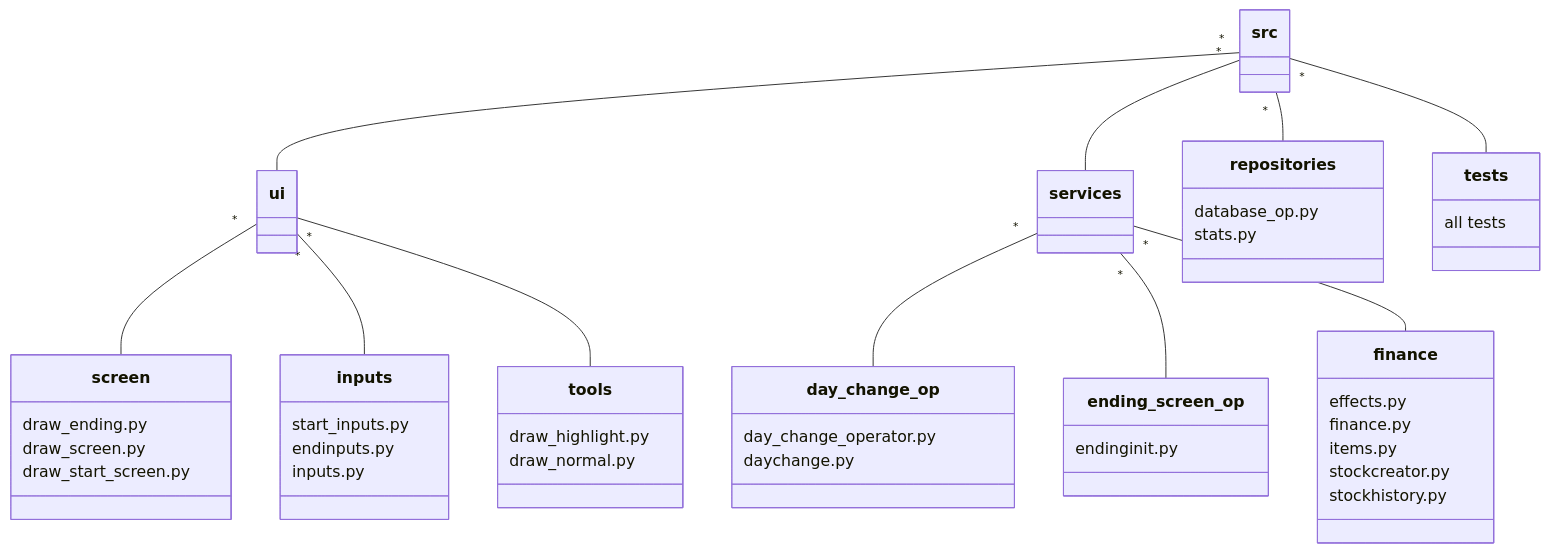
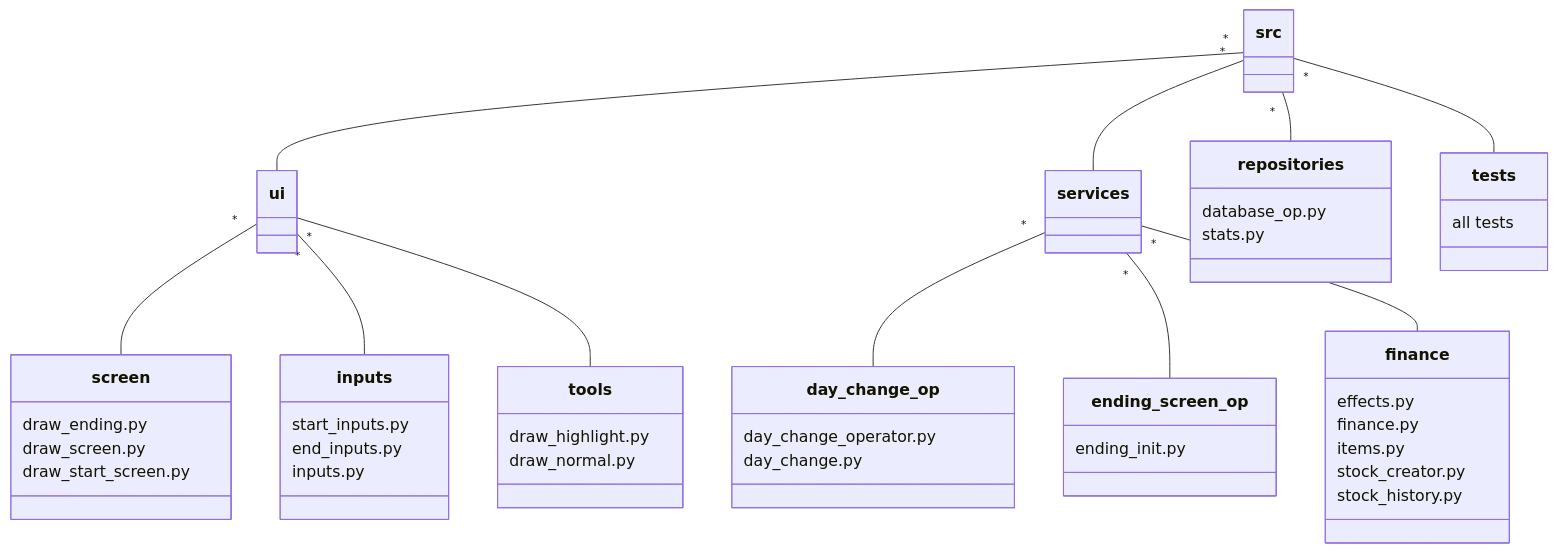
One commit to sepaww/ot-harjoitustyo changed the first of 6 diagrams in dokumentaatio/arkkitehtuuri.md. Above: the diagram before and after it, drawn with Mermaid. The commit also changed other lines of this file, not shown here.

````diff
--- a/dokumentaatio/arkkitehtuuri.md
+++ b/dokumentaatio/arkkitehtuuri.md
@@ -39,59 +43,59 @@
  ```mermaid
  classDiagram
       src "*" -- ui
        src "*" -- services
         src "*" -- repositories
         src "*" -- tests
          ui "*" -- screen
          ui "*" -- inputs
          ui "*" -- tools
          services "*" -- day_change_op
          services "*" -- ending_screen_op
          services "*" -- finance
          
       class src{
           }
       class tests{
       all tests
           }
       class ui{
           }
       class services{
           }
       class repositories{
       database_op.py
       stats.py
           }
       class day_change_op{
       day_change_operator.py
-      daychange.py
+      day_change.py
           }
       class screen{
       draw_ending.py
       draw_screen.py
       draw_start_screen.py
           }
       class inputs{
       start_inputs.py
-      endinputs.py
+      end_inputs.py
       inputs.py
           }
       class tools{
       draw_highlight.py
       draw_normal.py
           }
       class ending_screen_op{
-      endinginit.py
+      ending_init.py
       
           }
       class finance{
       effects.py
       finance.py
       items.py
-      stockcreator.py
-      stockhistory.py
+      stock_creator.py
+      stock_history.py
           }
      
       
       
 ```
````
